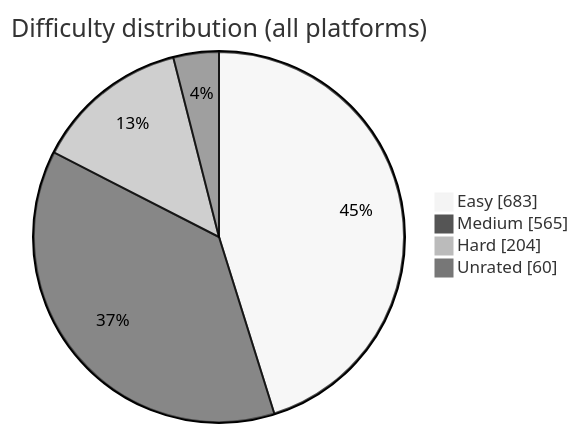
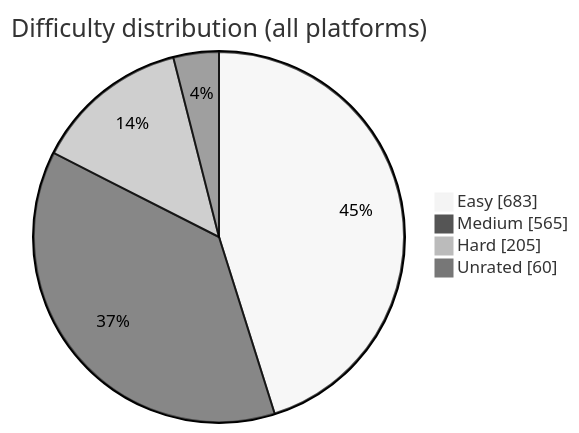
The diagram in README.md (BuildbyArindam/Daily-Coding-Log), drawn with Mermaid (neutral theme) before and after one commit. The commit also changed other lines of this file, not shown here.

````diff
--- a/README.md
+++ b/README.md
@@ -93,7 +93,7 @@
 ```mermaid
 pie showData title Difficulty distribution (all platforms)
     "Easy" : 683
     "Medium" : 565
-    "Hard" : 204
+    "Hard" : 205
     "Unrated" : 60
 ```
````
